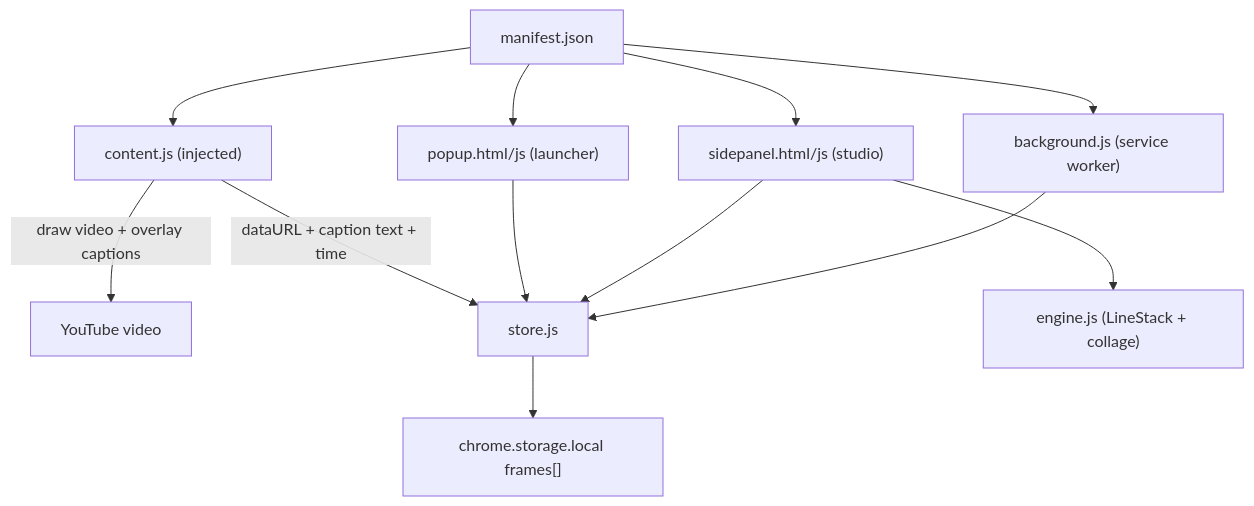
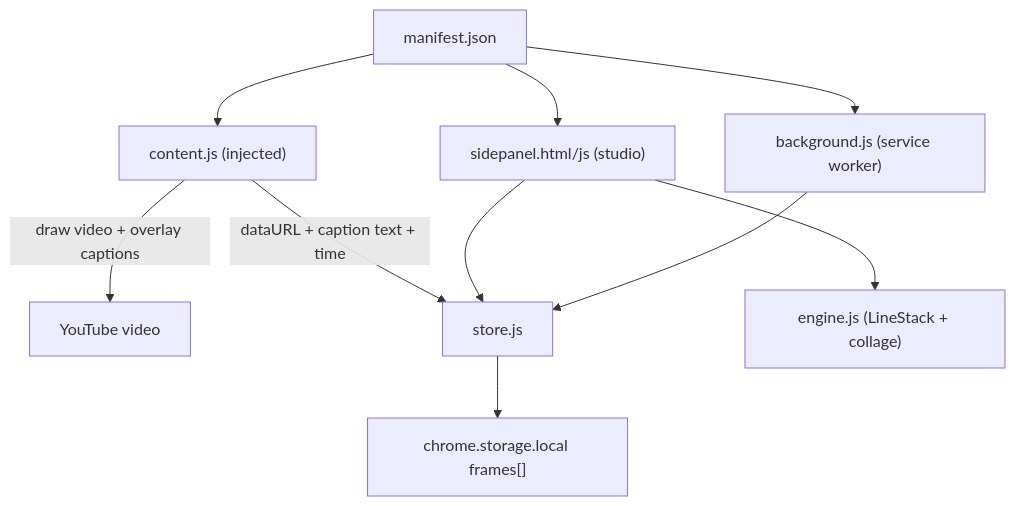
One commit to leovoon/youtube-ss-img changed the diagram in extension/README.md. Above: the diagram before and after it, drawn with Mermaid. The commit also changed other lines of this file and 25 other files, not shown here.

````diff
--- a/extension/README.md
+++ b/extension/README.md
@@ -81,14 +81,12 @@
 ```mermaid
 flowchart TD
-    M["manifest.json"] --> P["popup.html/js (launcher)"]
-    M --> SP["sidepanel.html/js (studio)"]
+    M["manifest.json"] --> SP["sidepanel.html/js (studio)"]
     M --> B["background.js (service worker)"]
     M --> C["content.js (injected)"]
     C -->|draw video + overlay captions| YT["YouTube video"]
     C -->|dataURL + caption text + time| STORE["store.js"]
-    P --> STORE
     SP --> STORE
     B --> STORE
     STORE --> LS["chrome.storage.local frames[]"]
     SP --> ENG["engine.js (LineStack + collage)"]
 ```
````
